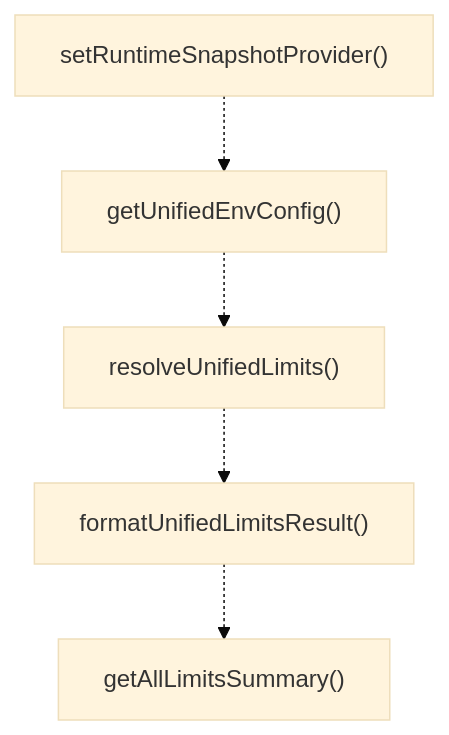
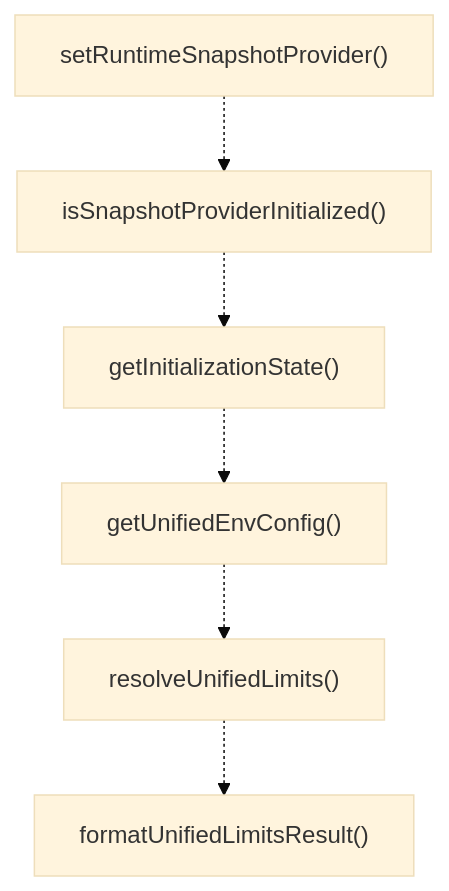
The third of 4 diagrams in ABDD/.pi/lib/unified-limit-resolver.md (Mekann2904/mekann), drawn with Mermaid (base theme) before and after one commit. The commit also changed other lines of this file and 136 other files, not shown here.

````diff
--- a/ABDD/.pi/lib/unified-limit-resolver.md
+++ b/ABDD/.pi/lib/unified-limit-resolver.md
@@ -97,12 +93,14 @@
 ```mermaid
 flowchart TD
   setRuntimeSnapshotProvider["setRuntimeSnapshotProvider()"]
+  isSnapshotProviderInitialized["isSnapshotProviderInitialized()"]
+  getInitializationState["getInitializationState()"]
   getUnifiedEnvConfig["getUnifiedEnvConfig()"]
   resolveUnifiedLimits["resolveUnifiedLimits()"]
   formatUnifiedLimitsResult["formatUnifiedLimitsResult()"]
-  getAllLimitsSummary["getAllLimitsSummary()"]
-  setRuntimeSnapshotProvider -.-> getUnifiedEnvConfig
+  setRuntimeSnapshotProvider -.-> isSnapshotProviderInitialized
+  isSnapshotProviderInitialized -.-> getInitializationState
+  getInitializationState -.-> getUnifiedEnvConfig
   getUnifiedEnvConfig -.-> resolveUnifiedLimits
   resolveUnifiedLimits -.-> formatUnifiedLimitsResult
-  formatUnifiedLimitsResult -.-> getAllLimitsSummary
 ```
````
